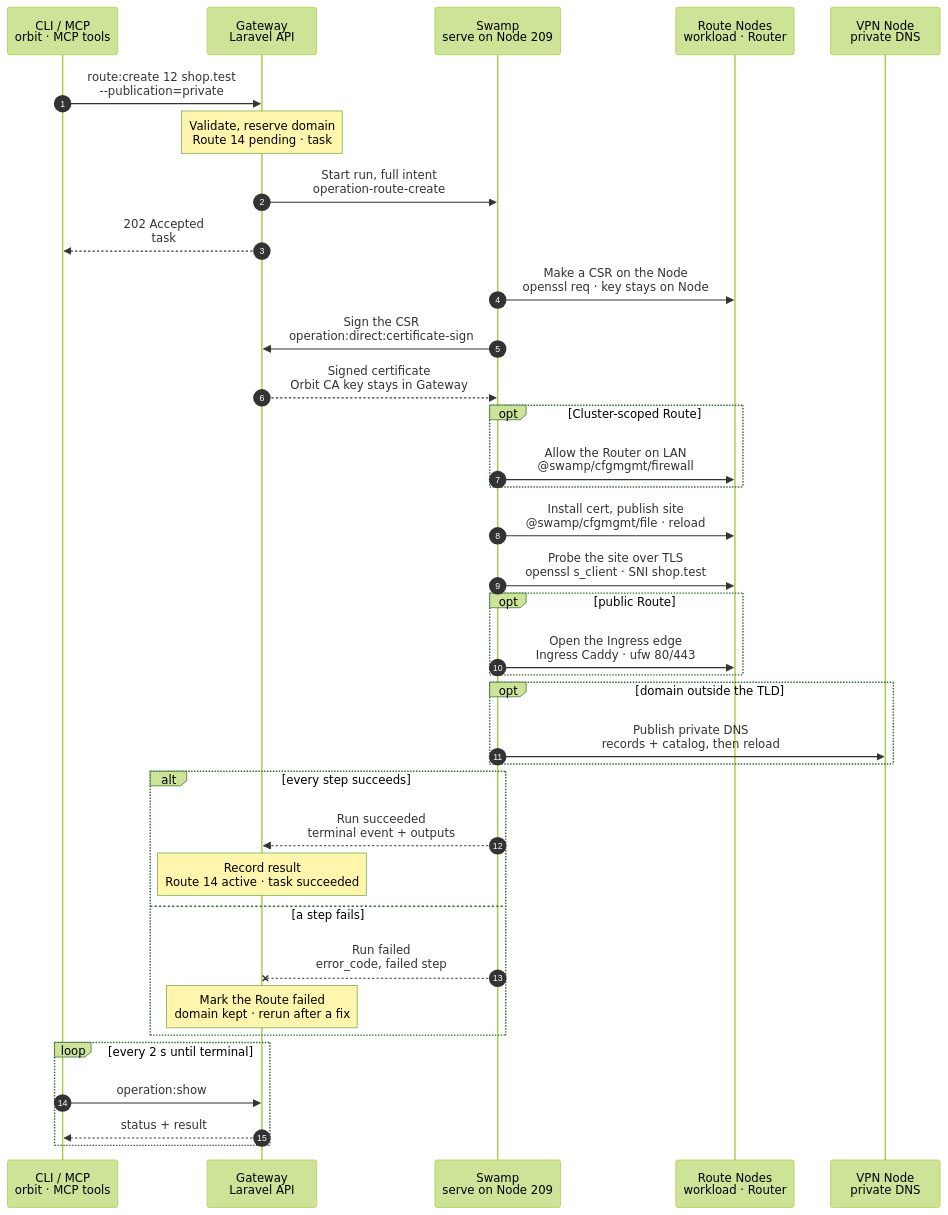
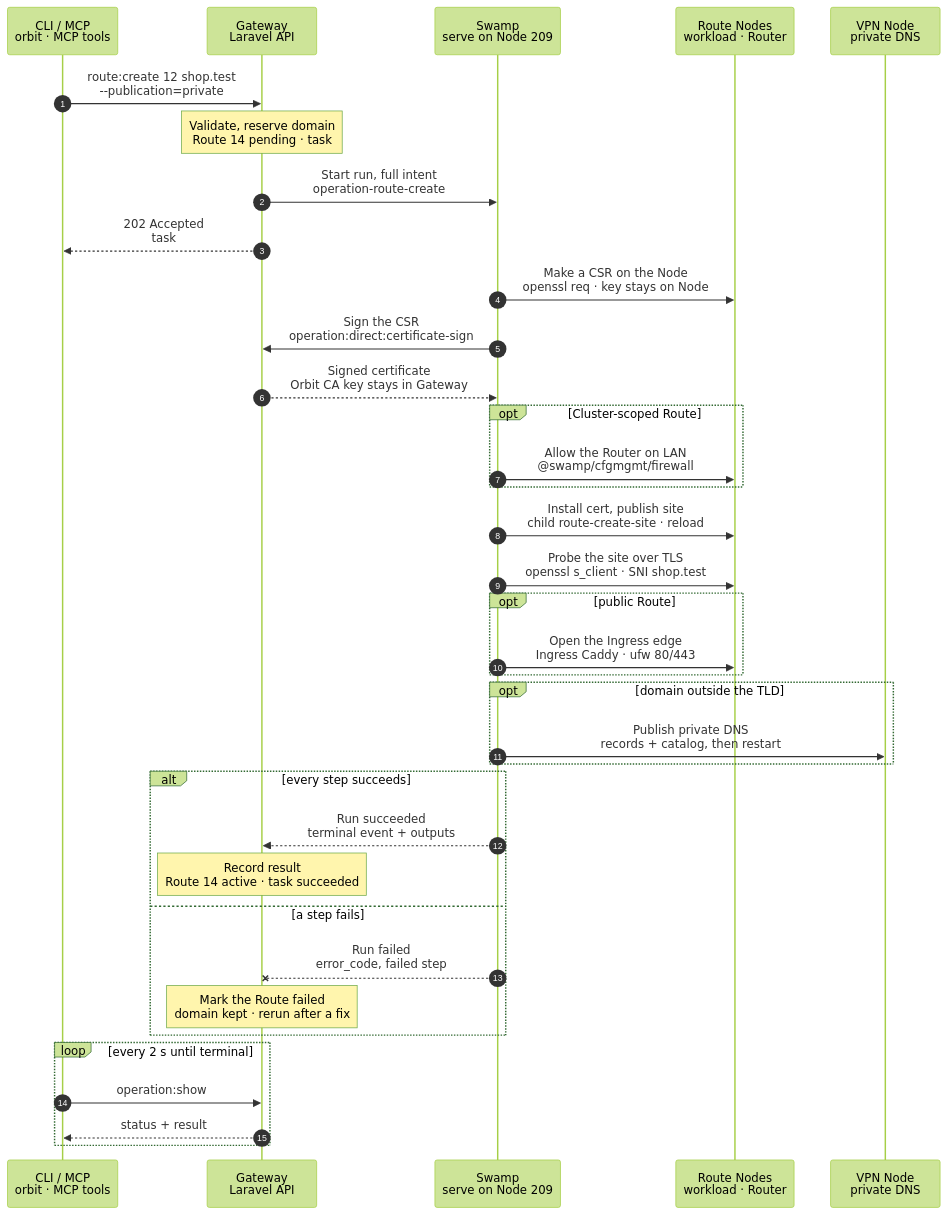
The diagram in docs/cli/route/create.mmd (hardimpactdev/orbit), drawn with Mermaid (forest theme) before and after one commit. The commit also changed 24 other files, not shown here.

First line of the commit message:
refactor(routes): route.create runs its chart's seven steps through official behaviors (rule 22)

```diff
--- a/docs/cli/route/create.mmd
+++ b/docs/cli/route/create.mmd
@@ -1,160 +1,164 @@
 sequenceDiagram
   %% Target design: ADR 0244 task, DECISIONS R1-R4, no DNS hold, TLD-wide private DNS, web root at instance:create, cert+site one step (Nick 2026-11-02), firewall.allow shape, Gateway signs CSRs (root-of-trust), single-swamp-node. docs/cli/route.mdx, docs/reference/routes.md.
   %% Checked: flow-tighten 2026-11-02, rules 14-22 (rule 22: name the cfgmgmt behaviors; no other change).
   %% status: draft
   %% command: route:create
   %% kind: route.create
   autonumber
   %% lane CLI icon=terminal pill=caller tone=gray
   %% lane GW icon=gateway pill=intent tone=blue
   %% lane SW icon=workflow pill=executes tone=green
   %% lane N icon=server pill=target tone=amber
   %% lane V icon=server pill=target tone=purple
   participant CLI as CLI / MCP<br/>orbit · MCP tools
   participant GW as Gateway<br/>Laravel API
   participant SW as Swamp<br/>serve on Node 209
   participant N as Route Nodes<br/>workload · Router
   participant V as VPN Node<br/>private DNS
   CLI->>GW: route:create 12 shop.test<br/>--publication=private
   %%> Command:
   %%> - `orbit route:create 12 shop.test --publication=private`
   %%> - syntax: `<instance> <domain> [--publication=private|public] [--web-root=PATH]`
   %%> Other forms:
   %%> - custom proxy: `<domain> --node=NODE --upstream=URL` or `<domain> --node=NODE --process=PROCESS`
   %%> - public Process Route: `<domain> --process=PROCESS [--ingress=NODE] --publication=public`
   %%> Input:
   %%> - Instance 12 sets the Project and the scope: its Node, or its active Cluster
   %%> - the domain; the Gateway normalizes it
   %%> - publication is `private` unless you ask for `public`
   %%> Who can call it:
   %%> - the `orbit` CLI and the MCP tool send the same request
   Note over GW: Validate, reserve domain<br/>Route 14 pending · task #5120
   %%> Requirements:
   %%> - your Node has an access grant to Node 7, the Node of Instance 12
   %%> - Instance 12 is active and has a supported web root
   %%> - the domain is valid, free, and not a reserved name such as `gateway.orbit`
   %%> - Instance 12 has no other Route without a web root (`route.target_conflict`)
   %%> - a Cluster-scoped Route needs an active Router (`route.router_required`)
   %%> - a public Route needs production targets and a serving Ingress
   %%> Locks:
   %%> - the projection lock and the Instance environment owner of Instance 12
   %%> - a busy lock is waited for up to 30 s, then `app-dev.projection_busy`
   %%> Builds:
   %%> - the Caddy site blocks for every affected Node, the certificate leaves, the LAN tuples and the private DNS records
   %%> Result:
   %%> - Route 14 recorded as `pending`, unpublished, with the domain reserved
   %%> - task #5120 recorded with the full intent
   %%> - nothing has happened on a Node yet
   GW->>SW: Start run, full intent<br/>operation-route-create
   %%> What it does:
   %%> - starts one Swamp run on serve (Node 209)
   %%> Inputs:
   %%> - the rendered Caddy blocks before and after, per Node
   %%> - the certificate leaves: Node, scope, domain, Node user
   %%> - LAN tuples, DNS records, probes, and each Node's address and SSH host keys
   %%> - production `.env` material only as vault key names in `orbit-control-inputs` (R3)
   %%> - the SSH identity comes from the `swamp` role
   GW-->>CLI: 202 Accepted<br/>task #5120
   %%> What you get:
   %%> - the task number, at once
   %%> Next:
   %%> - the CLI follows the task with `operation:show`
   SW->>N: Make a CSR on the Node<br/>openssl req · key stays on Node
   %%> How:
   %%> - Swamp reaches Node 7, and the Router for a Cluster Route, over `@swamp/ssh` from 209
   %%> What it does:
   %%> - makes a new private key and a certificate request for `shop.test`
   %%> - returns only the public CSR to Swamp
   %%> Why:
   %%> - the private key never leaves the Node
   SW->>GW: Sign the CSR<br/>operation:direct:certificate-sign
   %%> What it does:
   %%> - sends the CSRs with task #5120 and the run id
   %%> Why:
   %%> - the Orbit CA key stays in the Gateway; signing is the one step that calls the Gateway
   %%> Requirements:
   %%> - the Gateway checks the task, the run, and that each CSR matches an admitted leaf
   GW-->>SW: Signed certificate<br/>Orbit CA key stays in Gateway
   %%> Returns:
   %%> - one public certificate bundle per leaf
   opt Cluster-scoped Route
     SW->>N: Allow the Router on LAN<br/>@swamp/cfgmgmt/firewall
     %%> What it does:
     %%> - on the workload Node, allows TCP 443 from the Router's LAN address
     %%> - an identical tuple that another Route uses is left as it is
     %%> - a managed rule goes below the operator rules, so `@swamp/cfgmgmt/firewall` needs no insert position
     %%> Why:
     %%> - the Router forwards to the workload over LAN, with no WireGuard fallback
   end
-  SW->>N: Install cert, publish site<br/>@swamp/cfgmgmt/file · reload
-  %%> What it does:
-  %%> - writes the certificate next to its key, owned `root:caddy`, mode 0750, and checks it matches the key and domain
-  %%> - writes the new site blocks into the Caddyfile of each affected Node
-  %%> - validates the whole file, then reloads Caddy
+  SW->>N: Install cert, publish site<br/>child route-create-site · reload
+  %%> What it does, per Node, in one child run:
+  %%> - installs the signed certificate next to its key, `root:caddy` 0644, and points `current` at it
+  %%> - copies the pair into the account's `~/.orbit/certificates`, which development servers read
+  %%> - trusts the Orbit root, writes the PHP-FPM pools, then the whole Caddyfile
+  %%> - validates the Caddyfile, then reloads Caddy
+  %%> - writes `APP_URL`, or a production `.env` from the vault
+  %%> Until instance:create owns it:
+  %%> - grants Caddy read access to the web root, one `setfacl` per directory
   %%> How:
-  %%> - `@swamp/cfgmgmt/file` for the certificate and the Caddyfile, `caddy validate` as one `@swamp/ssh exec`, then a reload with `@swamp/cfgmgmt/systemd`
+  %%> - `@swamp/cfgmgmt` file, link and line; `caddy validate`, reloads and `setfacl` as `@swamp/ssh exec`
   %%> Why reload:
   %%> - a reload keeps open connections; Caddy is never restarted (rule 7)
   %%> Refuses:
   %%> - a validation error; the old Caddyfile stays in place
   %%> Why one step:
   %%> - same Node, back to back; the certificate never sits on the Node without its site
   SW->>N: Probe the site over TLS<br/>openssl s_client · SNI shop.test
   %%> What it does:
   %%> - connects from 209 to the workload, or the Router, on port 443 with the Route domain as SNI
   %%> - requires a chain the Orbit root trusts
   %%> Why:
   %%> - the Route only counts as served when the probe passes
   %%> Not included:
   %%> - the application's own HTTP answer; a 500 does not fail the Route
   opt public Route
     SW->>N: Open the Ingress edge<br/>Ingress Caddy · ufw 80/443
     %%> What it does:
     %%> - publishes the public site on the Ingress, with `tls force_automate` for Let's Encrypt
     %%> - opens `orbit:ingress-http` and `orbit:ingress-https` when they are closed
     %%> Not included:
     %%> - the public DNS record; you create it yourself
     %%> - waiting for Let's Encrypt; Caddy retries on its own
   end
   opt domain outside the TLD
-    SW->>V: Publish private DNS<br/>records + catalog, then reload
+    SW->>V: Publish private DNS<br/>records + catalog, then restart
     %%> What it does:
     %%> - adds the domain, for example `shop.nick.dev`, pointing at Node 7, or at the Router for a Cluster Route
-    %%> - checks the loaded catalog and a DNS reply
+    %%> - writes the records and the catalog with `@swamp/cfgmgmt/file`, then restarts dnsmasq; it reads records only at start
     %%> Order:
     %%> - DNS goes last, so a name only resolves when its site serves
     %%> When:
     %%> - only when the domain is outside the TLD of Node 7 or its Cluster
     %%> - `shop.test` needs no record: private DNS already answers all of `.test` with Node 7
   end
   alt every step succeeds
     SW-->>GW: Run succeeded<br/>terminal event + outputs
     %%> How the Gateway learns it:
     %%> - its shared run reader sees the terminal event; Swamp never calls the Gateway
     Note over GW: Record result<br/>Route 14 active · task succeeded
     %%> Result:
     %%> - Route 14 becomes `active` and Instance 12 shows `https://shop.test`
     %%> - task #5120 succeeds
   else a step fails
     SW--xGW: Run failed<br/>error_code, failed step
     %%> The Gateway reads:
     %%> - which step failed and its error code
     Note over GW: Mark the Route failed<br/>domain kept · rerun after a fix
     %%> Result:
     %%> - Route 14 is marked `failed` with `failed_step` and `error_code`; the domain stays reserved
     %%> - task #5120 fails
     %%> On the Node:
     %%> - what the run added stays; there is no rollback
     %%> - that is safe: Route 14 shows `failed`, and a rerun converges the same state
     %%> Retry:
     %%> - run the same command again after fixing the cause; it is a new task and skips finished steps
     %%> - to give up instead, run `route:destroy 14`; it removes what the run added
   end
   loop every 2 s until terminal
     CLI->>GW: operation:show #5120
     %%> What it does:
     %%> - asks for the task's status every 2 seconds until it has ended
     GW-->>CLI: status + result
     %%> Returns:
     %%> - the current status, and the result once the task has ended
   end
```
